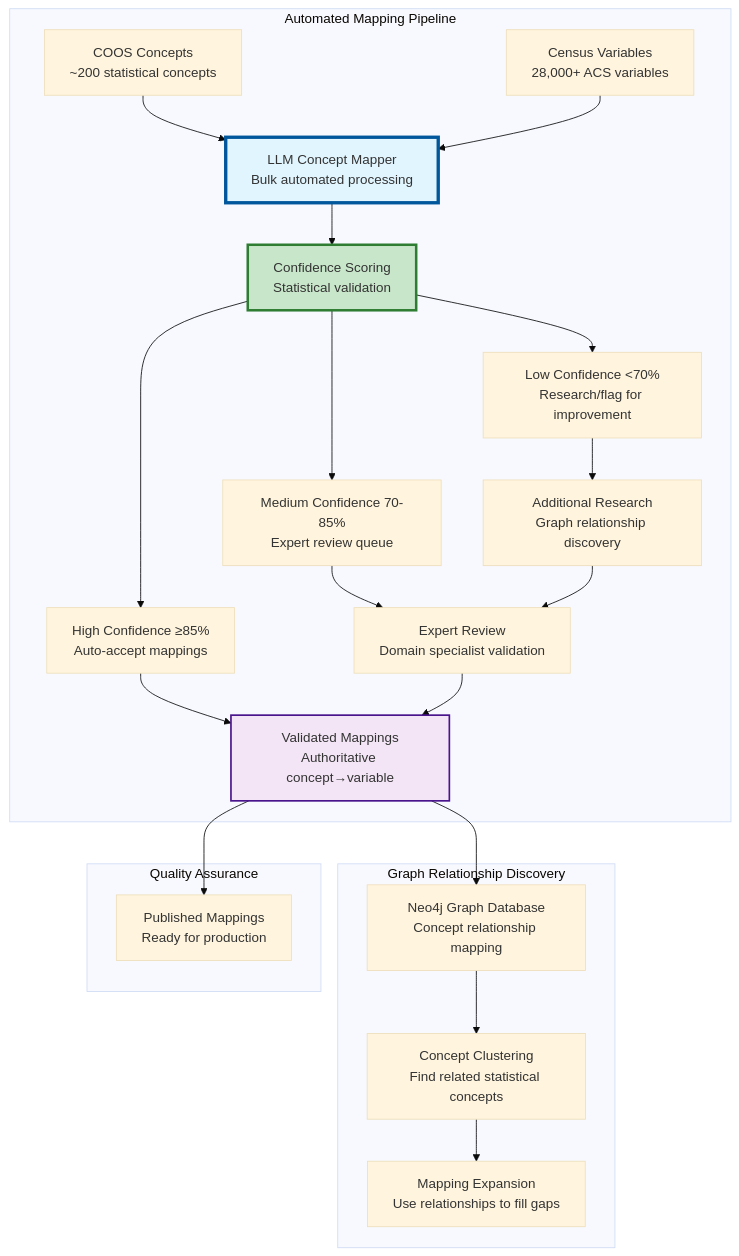
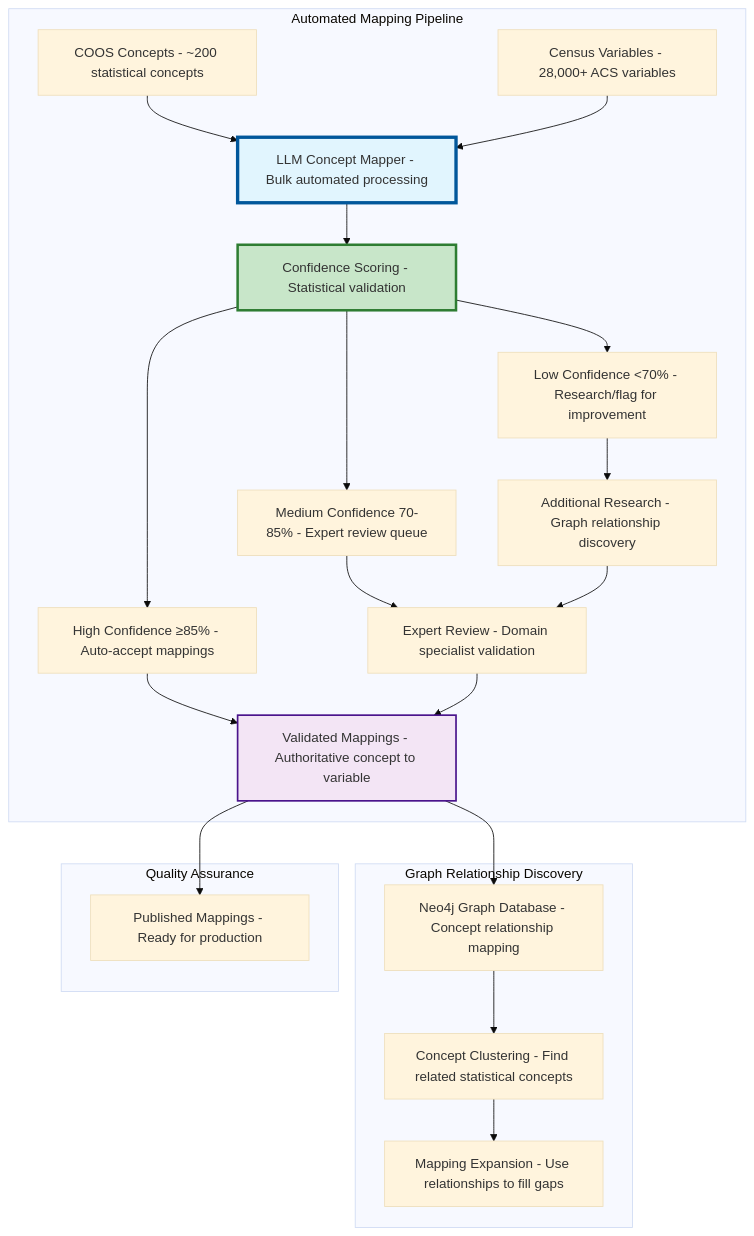
The seventh of 8 diagrams in enhanced_phase3_architecture.md (saikrmet/open-census-mcp-server), drawn with Mermaid (base theme) before and after one commit. The commit also changed other lines of this file, not shown here.

````diff
--- a/enhanced_phase3_architecture.md
+++ b/enhanced_phase3_architecture.md
@@ -415,37 +475,37 @@
 ```mermaid
 graph TB
     subgraph "Automated Mapping Pipeline"
-        COOS[COOS Concepts<br/>~200 statistical concepts]
-        CENSUS[Census Variables<br/>28,000+ ACS variables]
+        COOS[COOS Concepts - ~200 statistical concepts]
+        CENSUS[Census Variables - 28,000+ ACS variables]
         
-        COOS --> LLM[LLM Concept Mapper<br/>Bulk automated processing]
+        COOS --> LLM[LLM Concept Mapper - Bulk automated processing]
         CENSUS --> LLM
         
-        LLM --> CONF[Confidence Scoring<br/>Statistical validation]
+        LLM --> CONF[Confidence Scoring - Statistical validation]
         
-        CONF --> HIGH[High Confidence ≥85%<br/>Auto-accept mappings]
-        CONF --> MED[Medium Confidence 70-85%<br/>Expert review queue]
-        CONF --> LOW[Low Confidence <70%<br/>Research/flag for improvement]
+        CONF --> HIGH[High Confidence ≥85% - Auto-accept mappings]
+        CONF --> MED[Medium Confidence 70-85% - Expert review queue]
+        CONF --> LOW[Low Confidence <70% - Research/flag for improvement]
         
-        HIGH --> VALID[Validated Mappings<br/>Authoritative concept→variable]
-        MED --> EXPERT[Expert Review<br/>Domain specialist validation]
+        HIGH --> VALID[Validated Mappings - Authoritative concept to variable]
+        MED --> EXPERT[Expert Review - Domain specialist validation]
         EXPERT --> VALID
         
-        LOW --> RESEARCH[Additional Research<br/>Graph relationship discovery]
+        LOW --> RESEARCH[Additional Research - Graph relationship discovery]
         RESEARCH --> EXPERT
     end
     
     subgraph "Graph Relationship Discovery"
-        VALID --> NEO4J[Neo4j Graph Database<br/>Concept relationship mapping]
-        NEO4J --> CLUSTER[Concept Clustering<br/>Find related statistical concepts]
-        CLUSTER --> EXPAND[Mapping Expansion<br/>Use relationships to fill gaps]
+        VALID --> NEO4J[Neo4j Graph Database - Concept relationship mapping]
+        NEO4J --> CLUSTER[Concept Clustering - Find related statistical concepts]
+        CLUSTER --> EXPAND[Mapping Expansion - Use relationships to fill gaps]
     end
     
     subgraph "Quality Assurance"
-        VALID --> PUBLISH[Published Mappings<br/>Ready for production]
+        VALID --> PUBLISH[Published Mappings - Ready for production]
     end
     
     style LLM fill:#e1f5fe,stroke:#01579b,stroke-width:4px
     style CONF fill:#c8e6c9,stroke:#2e7d32,stroke-width:3px
     style VALID fill:#f3e5f5,stroke:#4a148c,stroke-width:2px
 ```
````
